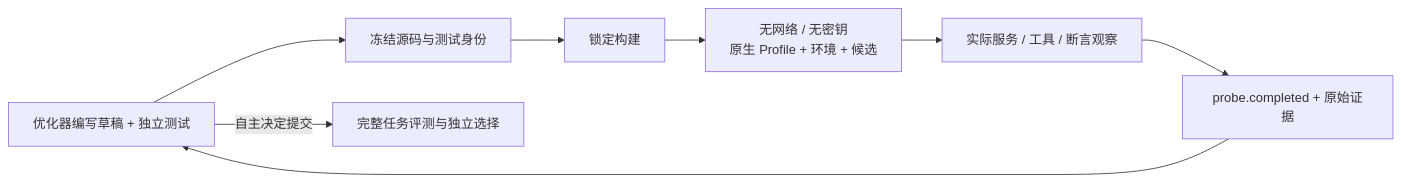
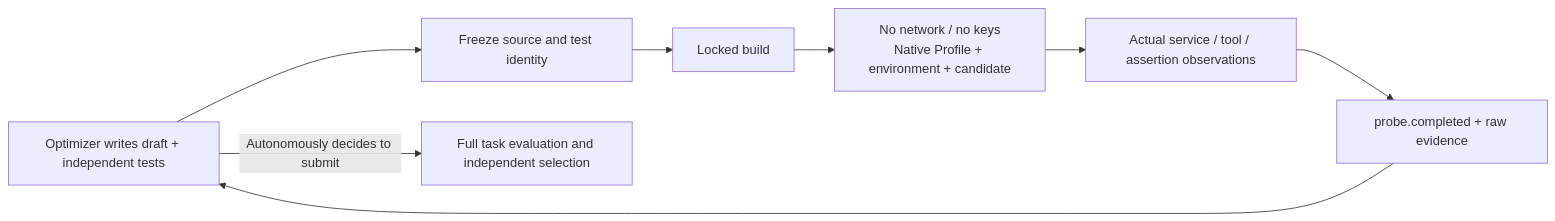
One commit to OLDyade/SparkVolve changed the diagram in docs/behavioral-probes.md. Above: the diagram before and after it, drawn with Mermaid. The commit also changed other lines of this file and 92 other files, not shown here.

````diff
--- a/docs/behavioral-probes.md
+++ b/docs/behavioral-probes.md
@@ -5,10 +5,10 @@
 ```mermaid
 flowchart LR
-  A["优化器编写草稿 + 独立测试"] --> B["冻结源码与测试身份"]
-  B --> C["锁定构建"]
-  C --> D["无网络 / 无密钥<br/>原生 Profile + 环境 + 候选"]
-  D --> E["实际服务 / 工具 / 断言观察"]
-  E --> F["probe.completed + 原始证据"]
+  A["Optimizer writes draft + independent tests"] --> B["Freeze source and test identity"]
+  B --> C["Locked build"]
+  C --> D["No network / no keys<br/>Native Profile + environment + candidate"]
+  D --> E["Actual service / tool / assertion observations"]
+  E --> F["probe.completed + raw evidence"]
   F --> A
-  A -->|"自主决定提交"| G["完整任务评测与独立选择"]
+  A -->|"Autonomously decides to submit"| G["Full task evaluation and independent selection"]
 ```
````
